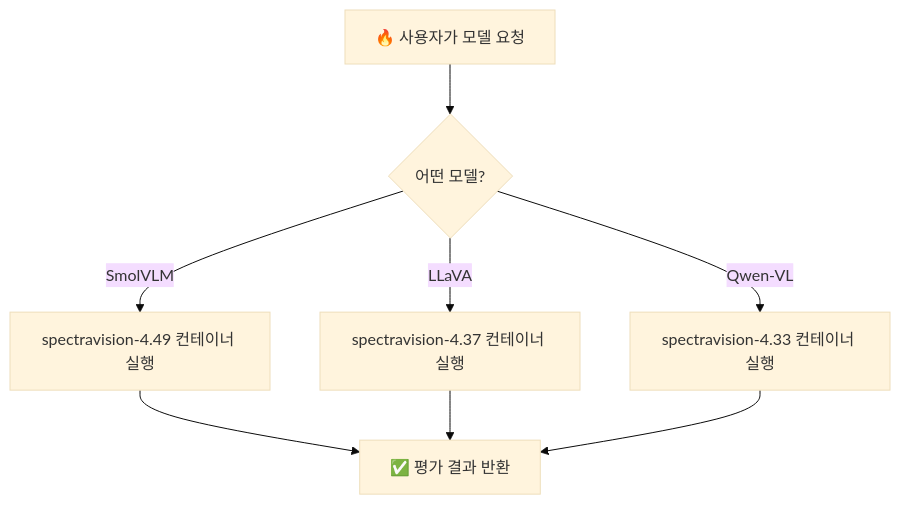
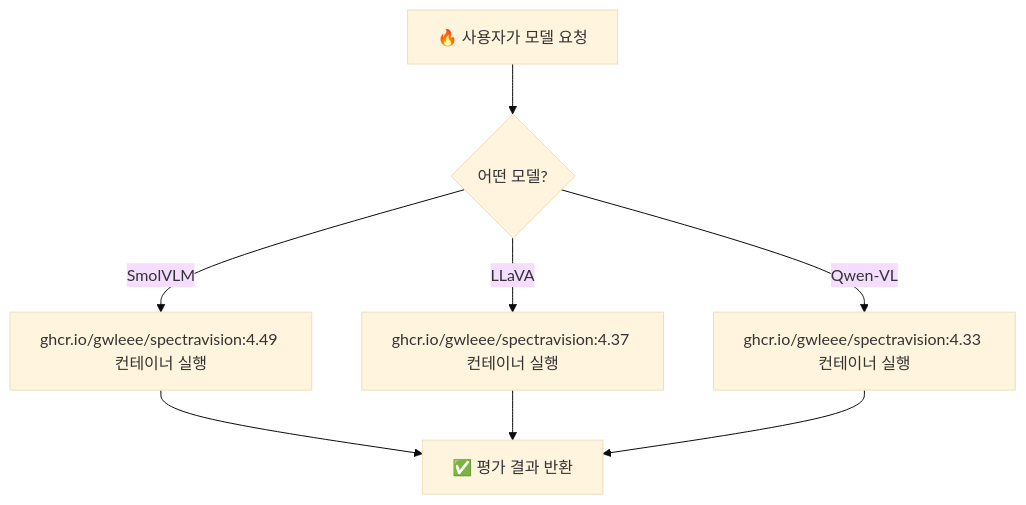
The diagram in README.ko.md (gwleee/SpectraBench-Vision), drawn with Mermaid (base theme) before and after one commit. The commit also changed other lines of this file and 2 other files, not shown here.

Commit message:
update all documentation with new container registry paths and correct model counts

````diff
--- a/README.ko.md
+++ b/README.ko.md
@@ -41,10 +41,10 @@
 ```mermaid
 graph TD
     A[🔥 사용자가 모델 요청] --> B{어떤 모델?}
-    B -->|SmolVLM| C[spectravision-4.49 컨테이너 실행]
-    B -->|LLaVA| D[spectravision-4.37 컨테이너 실행] 
-    B -->|Qwen-VL| E[spectravision-4.33 컨테이너 실행]
+    B -->|SmolVLM| C[ghcr.io/gwleee/spectravision:4.49 컨테이너 실행]
+    B -->|LLaVA| D[ghcr.io/gwleee/spectravision:4.37 컨테이너 실행] 
+    B -->|Qwen-VL| E[ghcr.io/gwleee/spectravision:4.33 컨테이너 실행]
     C --> F[✅ 평가 결과 반환]
     D --> F
     E --> F
 ```
````
